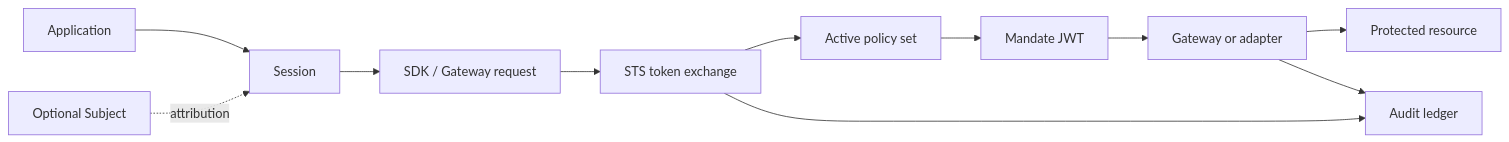
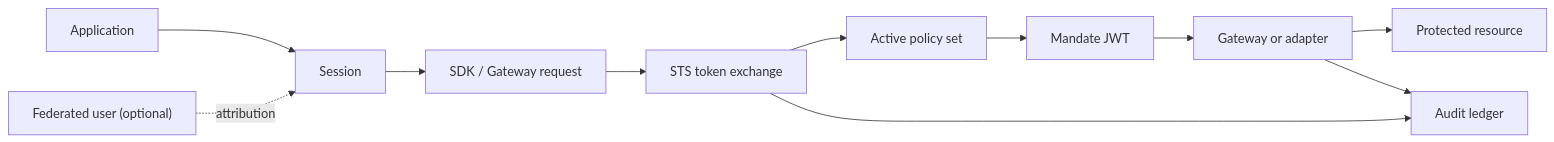
Before and after one commit to Garudex-Labs/caracal: the diagram in docs/src/content/docs/concepts/index.mdx, drawn with Mermaid. The commit also changed other lines of this file and 16 other files, not shown here.

First line of the commit message:
Enhance documentation to clarify Federated user concepts

````diff
--- a/docs/src/content/docs/concepts/index.mdx
+++ b/docs/src/content/docs/concepts/index.mdx
@@ -31,13 +31,13 @@
 ```mermaid
 flowchart LR
   App["Application"] --> Session["Session"]
-  Subject["Optional Subject"] -. attribution .-> Session
+  Subject["Federated user (optional)"] -. attribution .-> Session
   Session --> SDK["SDK / Gateway request"]
   SDK --> STS["STS token exchange"]
   STS --> Policy["Active policy set"]
   Policy --> Mandate["Mandate JWT"]
   Mandate --> Gateway["Gateway or adapter"]
   Gateway --> Resource["Protected resource"]
   STS --> Audit["Audit ledger"]
   Gateway --> Audit
 ```
````
